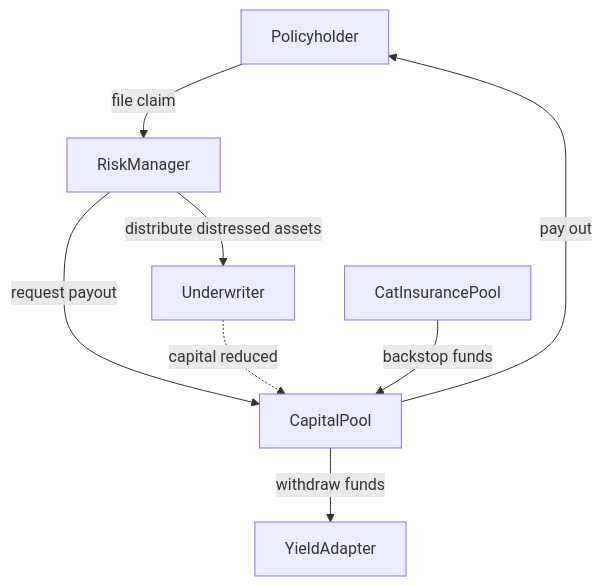
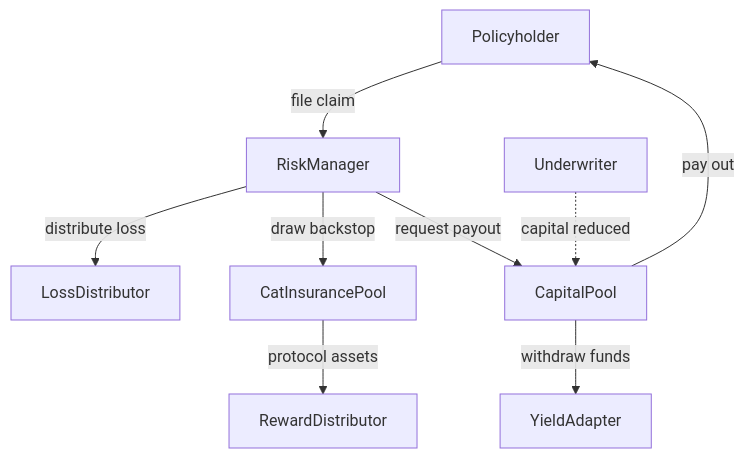
Before and after one commit to Amplify-Insurance/monorepo: the second of 2 diagrams in README.md, drawn with Mermaid. The commit also changed other lines of this file, not shown here.

Commit message:
docs: update capital flow diagrams

````diff
--- a/README.md
+++ b/README.md
@@ -226,10 +228,11 @@
 ```mermaid
 graph TD
     Policyholder -->|file claim| RiskManager
+    RiskManager -->|distribute loss| LossDistributor
+    RiskManager -->|draw backstop| CatInsurancePool
     RiskManager -->|request payout| CapitalPool
     CapitalPool -->|withdraw funds| YieldAdapter
     CapitalPool -->|pay out| Policyholder
     Underwriter -.->|capital reduced| CapitalPool
-    CatInsurancePool -->|backstop funds| CapitalPool
-    RiskManager -->|distribute distressed assets| Underwriter
+    CatInsurancePool -->|protocol assets| RewardDistributor
 ```
````
